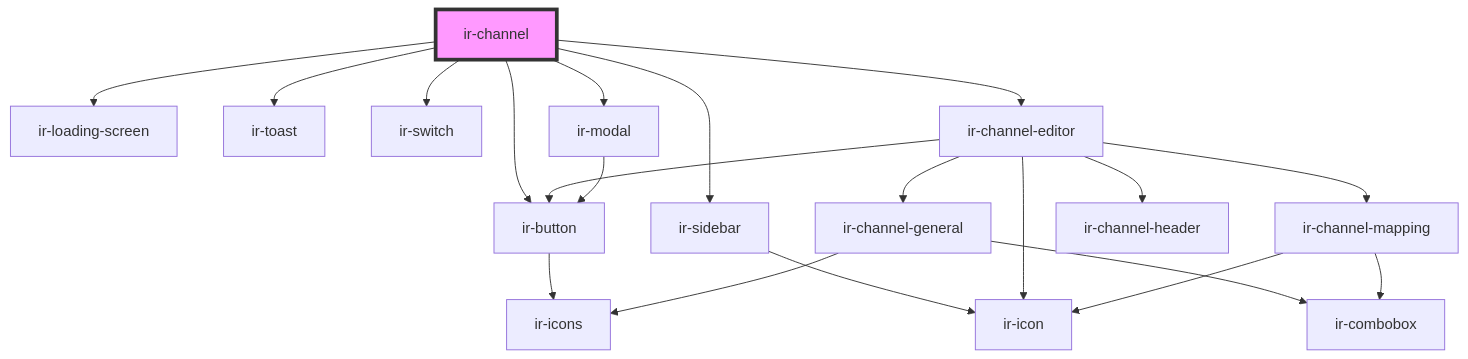
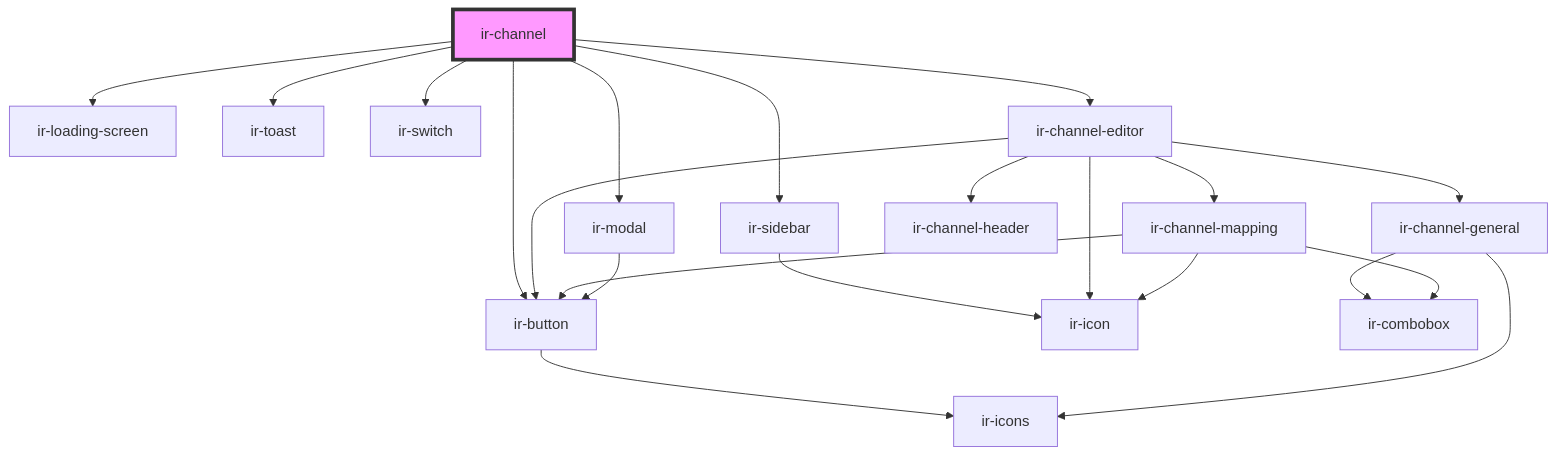
The diagram in src/components/ir-channel/readme.md (David1Chowaifaty/modified-ir-webcmp), drawn with Mermaid before and after one commit. The commit also changed 24 other files, not shown here.

````diff
--- a/src/components/ir-channel/readme.md
+++ b/src/components/ir-channel/readme.md
@@ -31,23 +31,24 @@
 ```mermaid
 graph TD;
   ir-channel --> ir-loading-screen
   ir-channel --> ir-toast
   ir-channel --> ir-button
   ir-channel --> ir-switch
   ir-channel --> ir-sidebar
   ir-channel --> ir-channel-editor
   ir-channel --> ir-modal
   ir-button --> ir-icons
   ir-sidebar --> ir-icon
   ir-channel-editor --> ir-channel-general
   ir-channel-editor --> ir-channel-mapping
   ir-channel-editor --> ir-icon
   ir-channel-editor --> ir-channel-header
   ir-channel-editor --> ir-button
   ir-channel-general --> ir-combobox
   ir-channel-general --> ir-icons
   ir-channel-mapping --> ir-icon
+  ir-channel-mapping --> ir-button
   ir-channel-mapping --> ir-combobox
   ir-modal --> ir-button
   style ir-channel fill:#f9f,stroke:#333,stroke-width:4px
 ```
````
